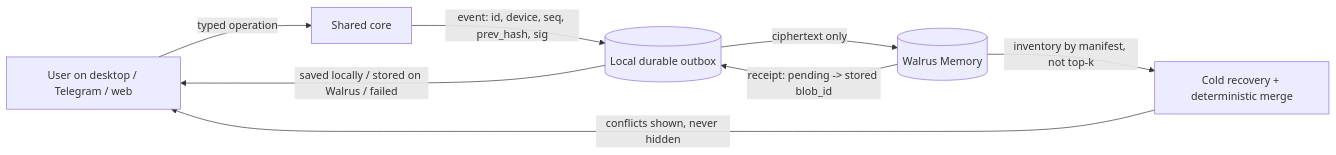
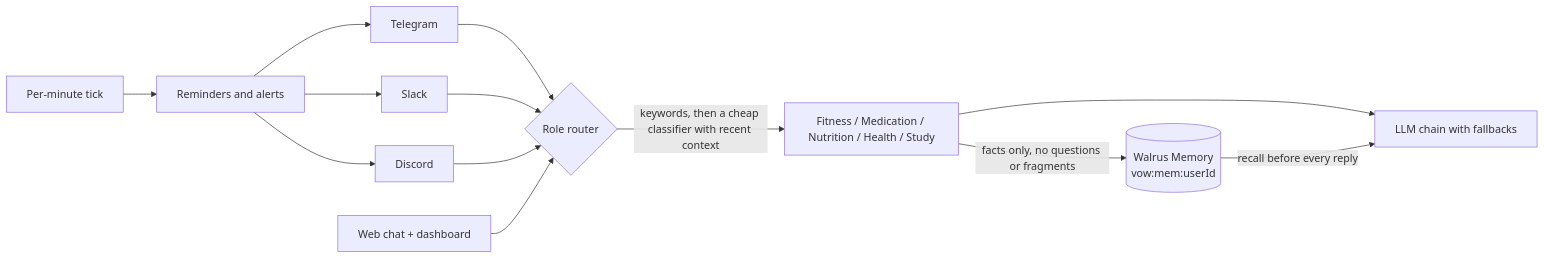
One commit to bagstreet/vow changed the third of 3 diagrams in README.md. Above: the diagram before and after it, drawn with Mermaid. The commit also changed other lines of this file and 1 other file, not shown here.

Commit message:
📝 Rewrite README: pain-driven use cases, Trusted Contact flow, lifecycle diagrams, honest limits

````diff
--- a/README.md
+++ b/README.md
@@ -46,10 +81,12 @@
 ```mermaid
 flowchart LR
-    U[User on desktop / Telegram / web] -->|typed operation| C[Shared core]
-    C -->|event: id, device, seq, prev_hash, sig| O[(Local durable outbox)]
-    O -->|ciphertext only| W[(Walrus Memory)]
-    W -->|receipt: pending -> stored blob_id| O
-    O -->|saved locally / stored on Walrus / failed| U
-    W -->|inventory by manifest, not top-k| R[Cold recovery + deterministic merge]
-    R -->|conflicts shown, never hidden| U
+    TG[Telegram] --> R{Role router}
+    SL[Slack] --> R
+    DC[Discord] --> R
+    WEB[Web chat + dashboard] --> R
+    R -->|keywords, then a cheap classifier with recent context| ROLE[Fitness / Medication / Nutrition / Health / Study]
+    ROLE --> LLM[LLM chain with fallbacks]
+    ROLE -->|facts only, no questions or fragments| W[(Walrus Memory\nvow:mem:userId)]
+    W -->|recall before every reply| LLM
+    TICK[Per-minute tick] --> OUT[Reminders and alerts] --> TG & SL & DC
 ```
````
